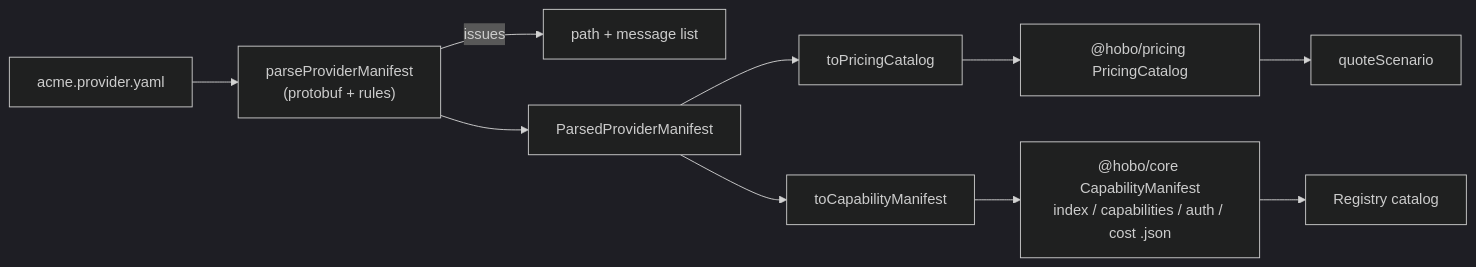
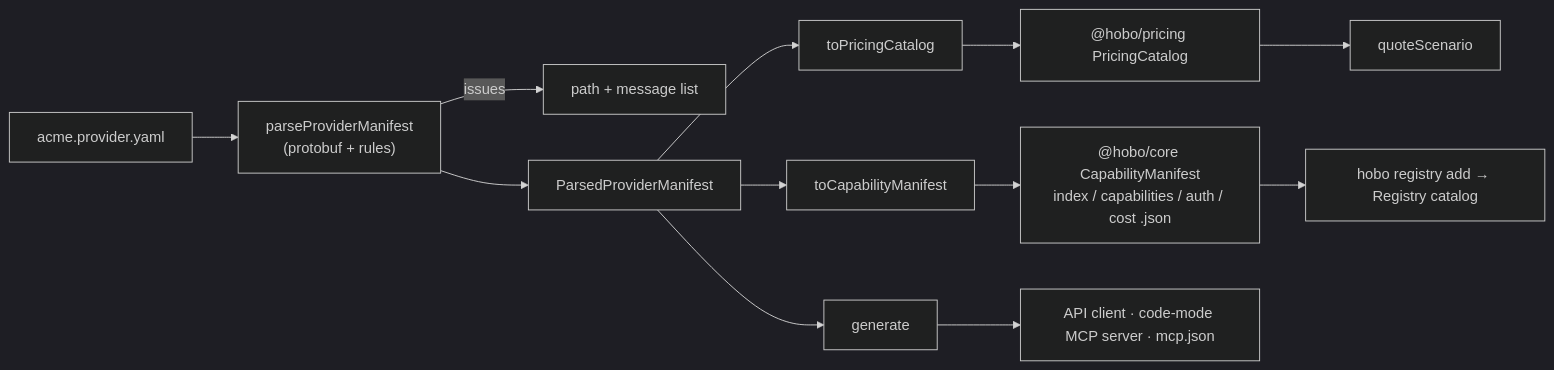
One commit to Hobo-Labs/HoBo changed the first of 2 diagrams in docs/design/provider-manifest.md. Above: the diagram before and after it, drawn with Mermaid (dark theme). The commit also changed other lines of this file and 38 other files, not shown here.

First line of the commit message:
feat(provider-manifest): registry add, API specs, and code-mode MCP generation

````diff
--- a/docs/design/provider-manifest.md
+++ b/docs/design/provider-manifest.md
@@ -24,10 +25,11 @@
 ```mermaid
 flowchart LR
   M["acme.provider.yaml"] --> P["parseProviderManifest<br/>(protobuf + rules)"]
   P -->|issues| E["path + message list"]
   P --> PM["ParsedProviderManifest"]
   PM --> B["toPricingCatalog"] --> PC["@hobo/pricing PricingCatalog"]
   PM --> C["toCapabilityManifest"] --> CM["@hobo/core CapabilityManifest<br/>index / capabilities / auth / cost .json"]
   PC --> Q["quoteScenario"]
-  CM --> R["Registry catalog"]
+  CM --> R["hobo registry add → Registry catalog"]
+  PM --> G["generate"] --> A["API client · code-mode MCP server · mcp.json"]
 ```
````
